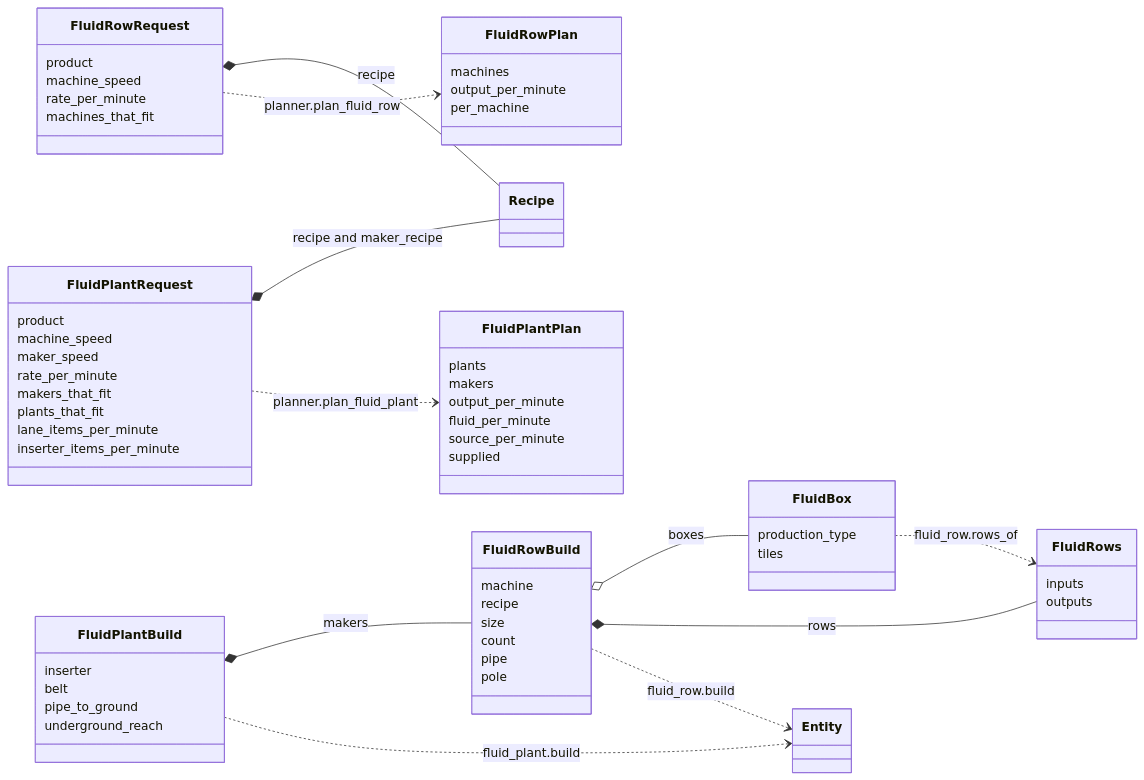
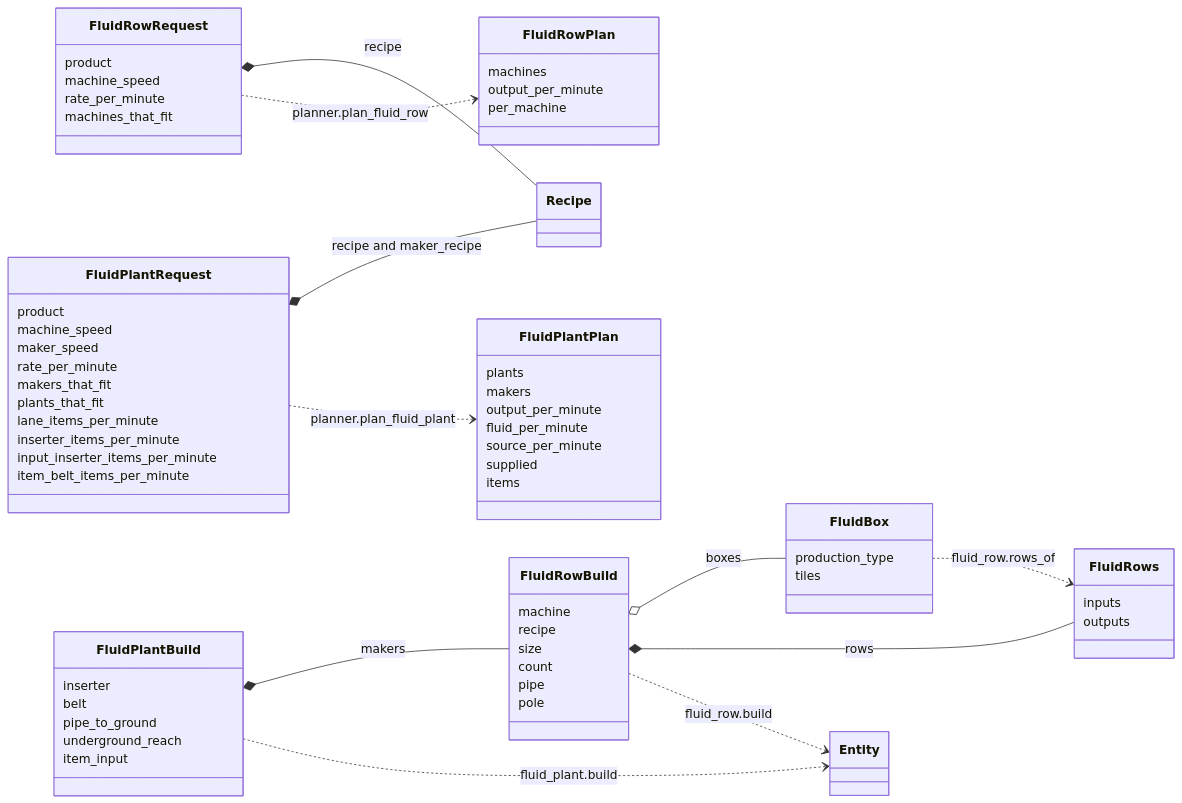
One commit to RibbonedAce/factorio-blueprint-generation changed the sixth of 6 diagrams in TYPES.md. Above: the diagram before and after it, drawn with Mermaid. The commit also changed other lines of this file and 17 other files, not shown here.

````diff
--- a/TYPES.md
+++ b/TYPES.md
@@ -509,68 +509,72 @@
 ```mermaid
 classDiagram
   direction LR
 
   class FluidBox {
     production_type
     tiles
   }
   class FluidRows {
     inputs
     outputs
   }
   class FluidRowRequest {
     product
     machine_speed
     rate_per_minute
     machines_that_fit
   }
   class FluidRowPlan {
     machines
     output_per_minute
     per_machine
   }
   class FluidRowBuild {
     machine
     recipe
     size
     count
     pipe
     pole
   }
 
   class FluidPlantRequest {
     product
     machine_speed
     maker_speed
     rate_per_minute
     makers_that_fit
     plants_that_fit
     lane_items_per_minute
     inserter_items_per_minute
+    input_inserter_items_per_minute
+    item_belt_items_per_minute
   }
   class FluidPlantPlan {
     plants
     makers
     output_per_minute
     fluid_per_minute
     source_per_minute
     supplied
+    items
   }
   class FluidPlantBuild {
     inserter
     belt
     pipe_to_ground
     underground_reach
+    item_input
   }
 
   FluidRowRequest *-- Recipe : recipe
   FluidPlantRequest *-- Recipe : recipe and maker_recipe
   FluidPlantRequest ..> FluidPlantPlan : planner.plan_fluid_plant
   FluidPlantBuild *-- FluidRowBuild : makers
   FluidPlantBuild ..> Entity : fluid_plant.build
   FluidRowRequest ..> FluidRowPlan : planner.plan_fluid_row
   FluidBox ..> FluidRows : fluid_row.rows_of
   FluidRowBuild o-- FluidBox : boxes
   FluidRowBuild *-- FluidRows : rows
   FluidRowBuild ..> Entity : fluid_row.build
 ```
````
